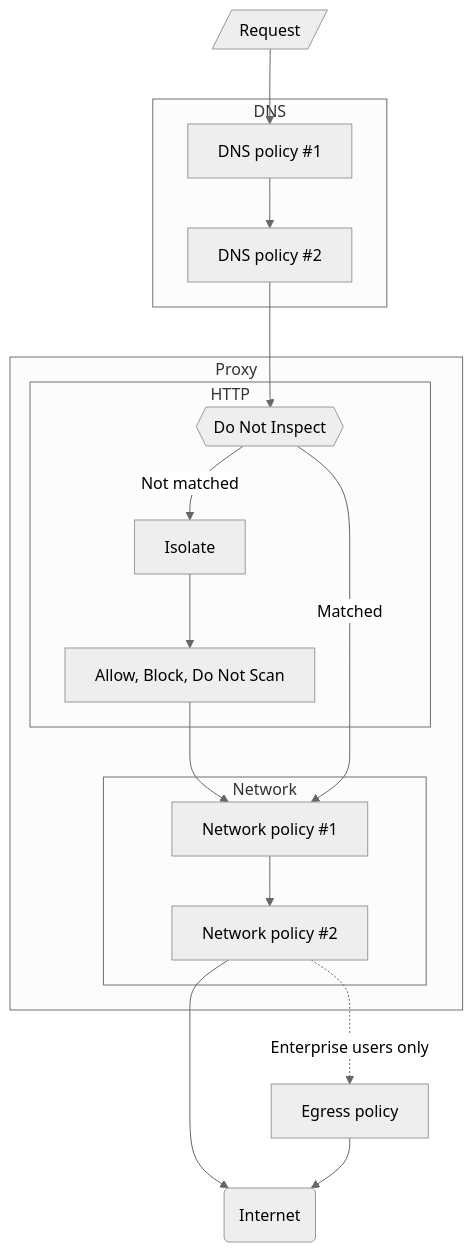
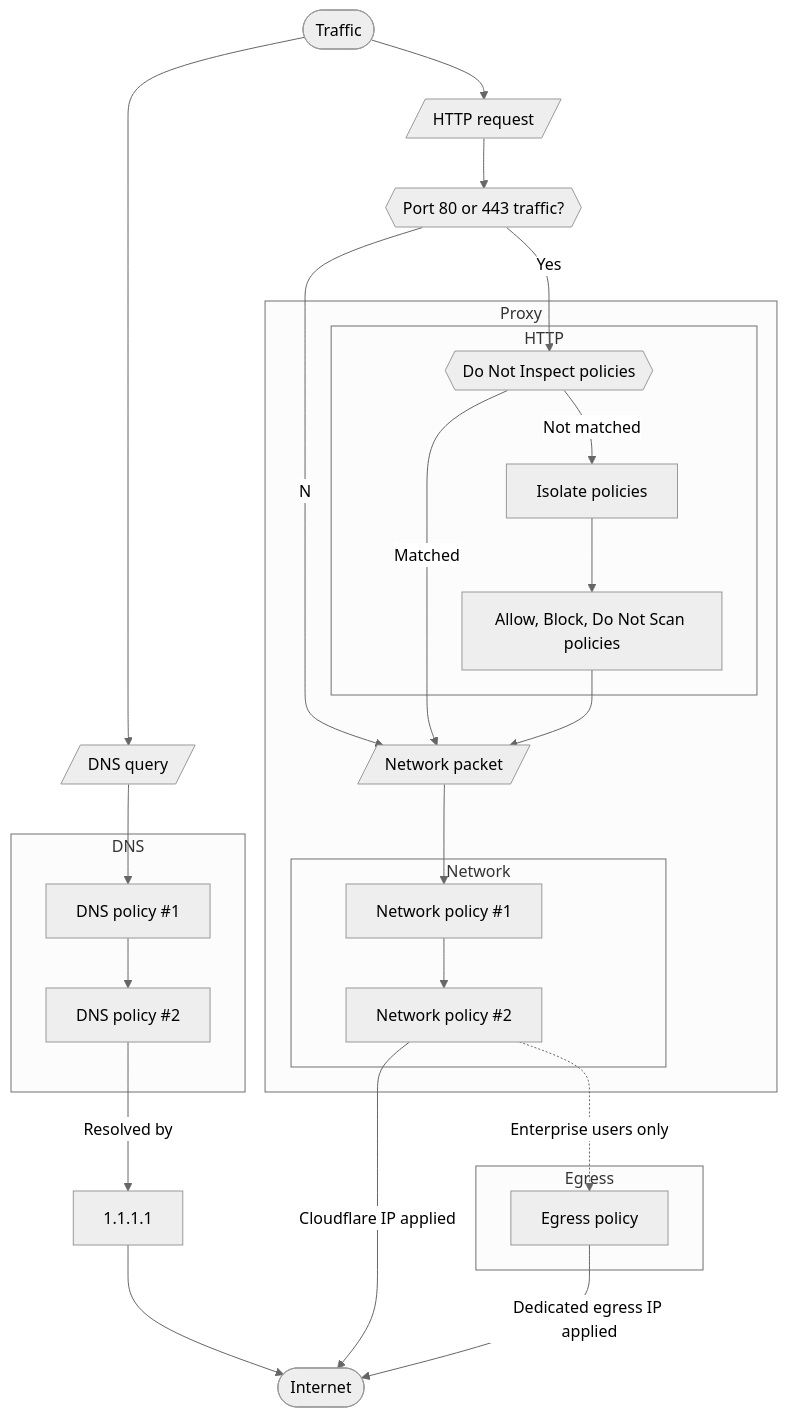
Before and after one commit to cloudflare/cloudflare-docs: the diagram in content/cloudflare-one/policies/gateway/order-of-enforcement.md, drawn with Mermaid (neutral theme).

Commit message:
Expand technical details

````diff
--- a/content/cloudflare-one/policies/gateway/order-of-enforcement.md
+++ b/content/cloudflare-one/policies/gateway/order-of-enforcement.md
@@ -11,37 +11,44 @@
 ```mermaid
 flowchart TB
-    %% In with user request
-    start[/"Request"/]-->a1
+    %% In with user traffic
+    start(["Traffic"])-->dns0[/"DNS query"/]-->dns1
+    start-->http0a[/"HTTP request"/]-->http0b
+    http0b{{"Port 80 or 443 traffic?"}}
+    http0b--Yes-->http1
+    http0b--No-->network0
 
     %% DNS policies
     subgraph DNS
-    a1["DNS policy #1"]-->a2["DNS policy #2"]
+    dns1["DNS policy #1"]-->dns2["DNS policy #2"]
     end
-    a2-->b1
+    dns2--Resolved by-->dns3["1.1.1.1"]-->internet
 
     %% Proxied by Gateway
     subgraph Proxy
 
     %% HTTP policies
     subgraph HTTP
-    b1{{"Do Not Inspect"}}
-    b1--Not matched-->b2["Isolate"]
-    b2-->b3["Allow, Block, Do Not Scan"]
+    http1{{"Do Not Inspect policies"}}
+    http1--Not matched-->http2["Isolate policies"]
+    http2-->http3["Allow, Block, Do Not Scan policies"]
     end
+
+    http1--Matched-->network0
+    http3-->network0
+    network0[/"Network packet"/]-->network1
 
     %% Network policies
     subgraph Network
-    b3-->c1["Network policy #1"]
-    b1--Matched-->c1
-    c1-->c2["Network policy #2"]
+    network1["Network policy #1"]-->network2["Network policy #2"]
     end
     end
 
     %% Egress
-    c2-.Enterprise users only.->d1[Egress policy]
-
+    subgraph Egress
+    network2-.Enterprise users only.->egress1[Egress policy]
+    end
 
     %% Finish
-    c2-->finish(Internet) 
-    d1-->finish
+    network2--Cloudflare IP applied-->internet([Internet])
+    egress1--Dedicated egress IP applied-->internet
 ```
````
